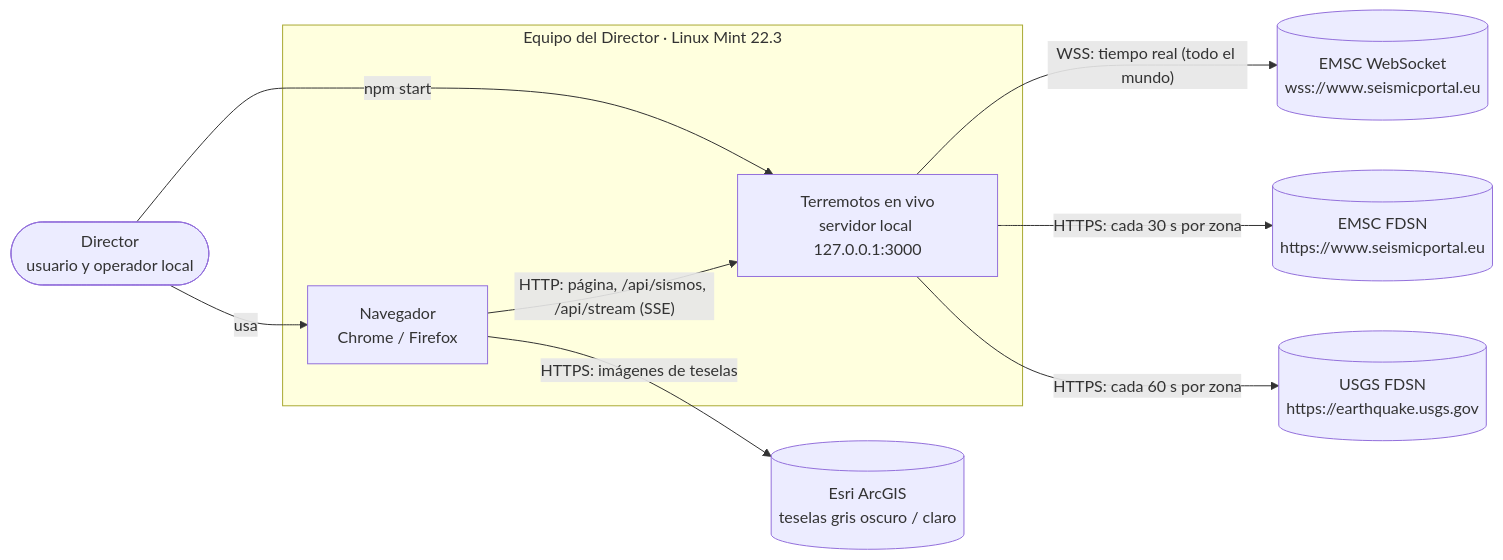
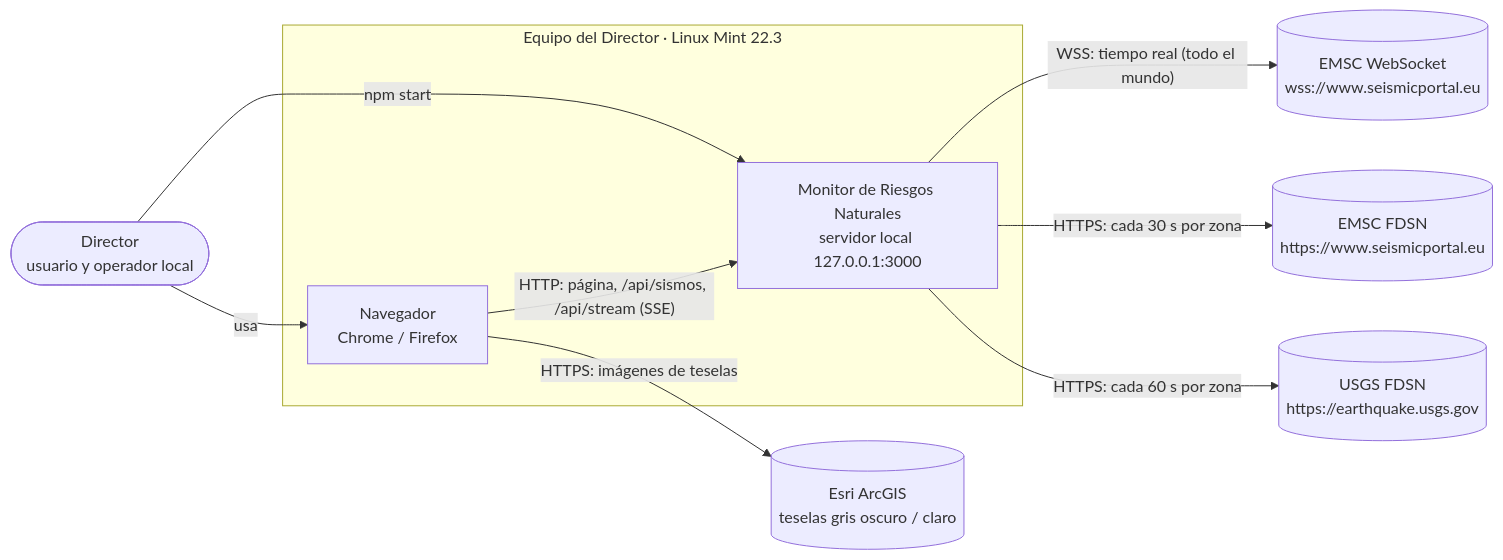
One commit to wpadillav/monitor_riesgos_naturales changed the first of 6 diagrams in docs/01-arquitectura.md. Above: the diagram before and after it, drawn with Mermaid. The commit also changed other lines of this file and 3 other files, not shown here.

Commit message:
docs: nombre Monitor de Riesgos Naturales en PRD, arquitectura y diseño

````diff
--- a/docs/01-arquitectura.md
+++ b/docs/01-arquitectura.md
@@ -46,20 +46,20 @@
 ```mermaid
 flowchart LR
   U(["Director<br/>usuario y operador local"])
   subgraph EQ["Equipo del Director · Linux Mint 22.3"]
     NAV["Navegador<br/>Chrome / Firefox"]
-    SYS["Terremotos en vivo<br/>servidor local 127.0.0.1:3000"]
+    SYS["Monitor de Riesgos Naturales<br/>servidor local 127.0.0.1:3000"]
   end
   EMSCWS[("EMSC WebSocket<br/>wss://www.seismicportal.eu")]
   EMSCF[("EMSC FDSN<br/>https://www.seismicportal.eu")]
   USGS[("USGS FDSN<br/>https://earthquake.usgs.gov")]
   ESRI[("Esri ArcGIS<br/>teselas gris oscuro / claro")]
 
   U -- "npm start" --> SYS
   U -- "usa" --> NAV
   NAV -- "HTTP: página, /api/sismos, /api/stream (SSE)" --> SYS
   NAV -- "HTTPS: imágenes de teselas" --> ESRI
   SYS -- "WSS: tiempo real (todo el mundo)" --> EMSCWS
   SYS -- "HTTPS: cada 30 s por zona" --> EMSCF
   SYS -- "HTTPS: cada 60 s por zona" --> USGS
 ```
````
